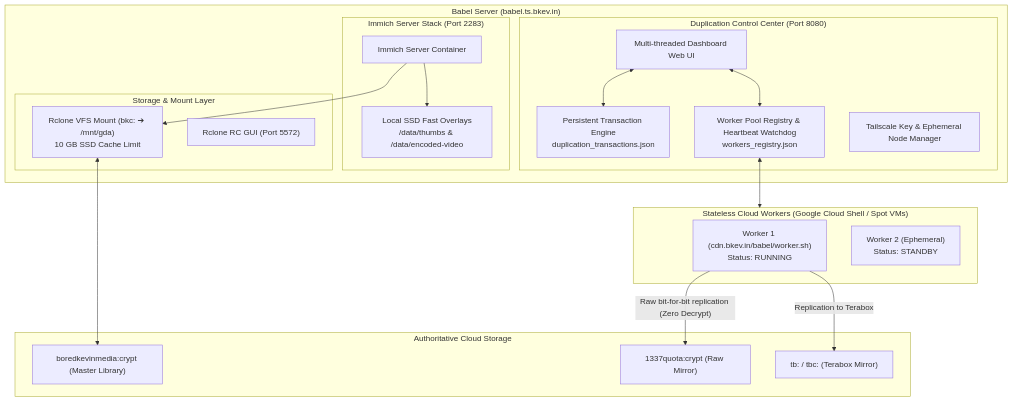
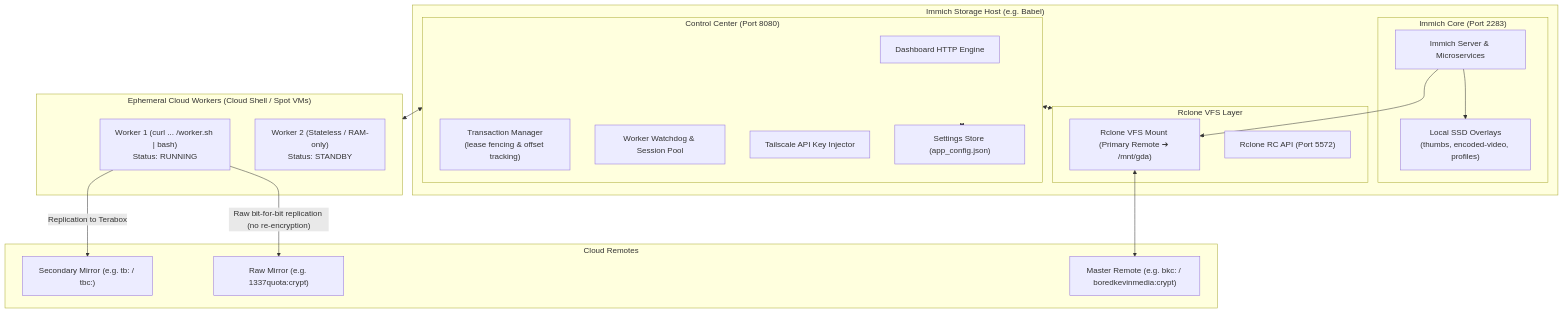
One commit to BoredKevin/immiclone changed the diagram in README.md. Above: the diagram before and after it, drawn with Mermaid. The commit also changed other lines of this file, not shown here.

Commit message:
docs: rewrite README with conversational engineering style and complete architectural guide

````diff
--- a/README.md
+++ b/README.md
@@ -9,43 +13,44 @@
 ```mermaid
 flowchart TD
-    subgraph BabelHost ["Babel Server (babel.ts.bkev.in)"]
-        subgraph ImmichStack ["Immich Server Stack (Port 2283)"]
-            Immich["Immich Server Container"]
-            LocalSSD["Local SSD Fast Overlays<br/>/data/thumbs & /data/encoded-video"]
+    subgraph Host ["Immich Storage Host (e.g. Babel)"]
+        subgraph ImmichStack ["Immich Core (Port 2283)"]
+            Immich["Immich Server & Microservices"]
+            LocalSSD["Local SSD Overlays<br/>(thumbs, encoded-video, profiles)"]
         end
 
-        subgraph StorageCore ["Storage & Mount Layer"]
-            RcloneMount["Rclone VFS Mount (bkc: ➔ /mnt/gda)<br/>10 GB SSD Cache Limit"]
-            RcloneRC["Rclone RC GUI (Port 5572)"]
+        subgraph StorageLayer ["Rclone VFS Layer"]
+            Mount["Rclone VFS Mount (Primary Remote ➔ /mnt/gda)"]
+            RC["Rclone RC API (Port 5572)"]
         end
 
-        subgraph ControlCenter ["Duplication Control Center (Port 8080)"]
-            Dashboard["Multi-threaded Dashboard Web UI"]
-            TxStore["Persistent Transaction Engine<br/>duplication_transactions.json"]
-            WorkerReg["Worker Pool Registry & Heartbeat Watchdog<br/>workers_registry.json"]
-            TailscaleMgr["Tailscale Key & Ephemeral Node Manager"]
+        subgraph Dashboard ["Control Center (Port 8080)"]
+            Server["Dashboard HTTP Engine"]
+            TxEngine["Transaction Manager<br/>(lease fencing & offset tracking)"]
+            WorkerReg["Worker Watchdog & Session Pool"]
+            TailscaleService["Tailscale API Key Injector"]
+            ConfigStore["Settings Store (app_config.json)"]
         end
     end
 
-    subgraph WorkersPool ["Stateless Cloud Workers (Google Cloud Shell / Spot VMs)"]
-        W1["Worker 1 (cdn.bkev.in/babel/worker.sh)<br/>Status: RUNNING"]
-        W2["Worker 2 (Ephemeral)<br/>Status: STANDBY"]
+    subgraph WorkersPool ["Ephemeral Cloud Workers (Cloud Shell / Spot VMs)"]
+        W1["Worker 1 (curl ... /worker.sh | bash)<br/>Status: RUNNING"]
+        W2["Worker 2 (Stateless / RAM-only)<br/>Status: STANDBY"]
     end
 
-    subgraph CloudRemotes ["Authoritative Cloud Storage"]
-        GDA["boredkevinmedia:crypt (Master Library)"]
-        GDB["1337quota:crypt (Raw Mirror)"]
-        TBC["tb: / tbc: (Terabox Mirror)"]
+    subgraph CloudStorage ["Cloud Remotes"]
+        Master["Master Remote (e.g. bkc: / boredkevinmedia:crypt)"]
+        MirrorGD["Raw Mirror (e.g. 1337quota:crypt)"]
+        MirrorTB["Secondary Mirror (e.g. tb: / tbc:)"]
     end
 
     Immich --> LocalSSD
-    Immich --> RcloneMount
-    RcloneMount <--> GDA
+    Immich --> Mount
+    Mount <--> Master
 
-    Dashboard <--> TxStore
-    Dashboard <--> WorkerReg
-    WorkerReg <--> WorkersPool
+    Dashboard <--> ConfigStore
+    Dashboard <--> StorageLayer
+    Dashboard <--> WorkersPool
 
-    W1 --"Raw bit-for-bit replication (Zero Decrypt)"--> GDB
-    W1 --"Replication to Terabox"--> TBC
+    W1 --"Raw bit-for-bit replication (no re-encryption)"--> MirrorGD
+    W1 --"Replication to Terabox"--> MirrorTB
 ```
````
